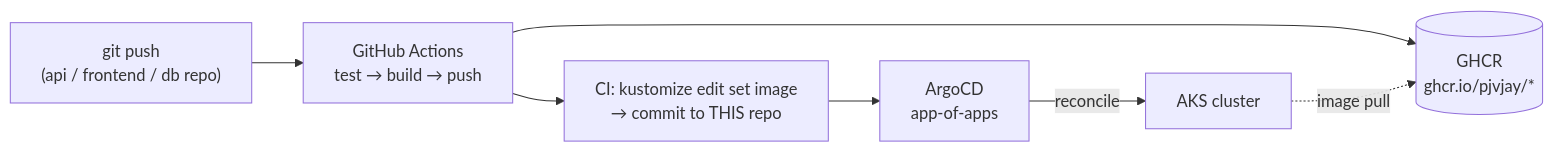
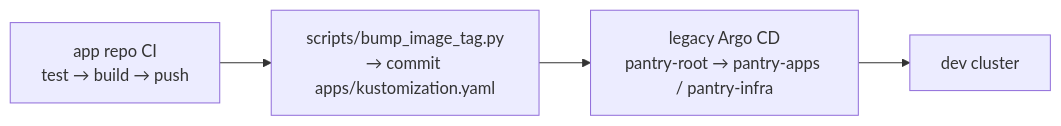
One commit to pjvjay/pantry-gitops changed the second of 2 diagrams in README.md. Above: the diagram before and after it, drawn with Mermaid. The commit also changed other lines of this file and 44 other files, not shown here.

````diff
--- a/README.md
+++ b/README.md
@@ -10,13 +166,5 @@
 ```mermaid
 flowchart LR
-    dev["git push<br/>(api / frontend / db repo)"]
-    ci["GitHub Actions<br/>test → build → push"]
-    ghcr[("GHCR<br/>ghcr.io/pjvjay/*")]
-    bump["CI: kustomize edit set image<br/>→ commit to THIS repo"]
-    argo["ArgoCD<br/>app-of-apps"]
-    aks["AKS cluster"]
-
-    dev --> ci --> ghcr
-    ci --> bump --> argo -->|"reconcile"| aks
-    aks -.->|"image pull"| ghcr
+    ci["app repo CI<br/>test → build → push"] --> bump["scripts/bump_image_tag.py<br/>→ commit apps/kustomization.yaml"]
+    bump --> argo["legacy Argo CD<br/>pantry-root → pantry-apps / pantry-infra"] --> aks["dev cluster"]
 ```
````
